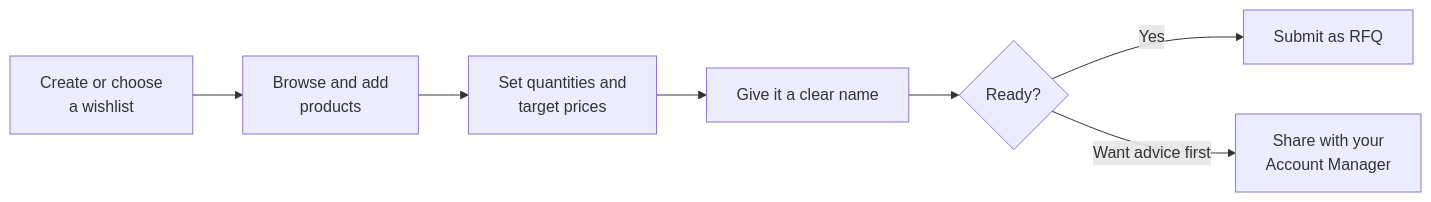
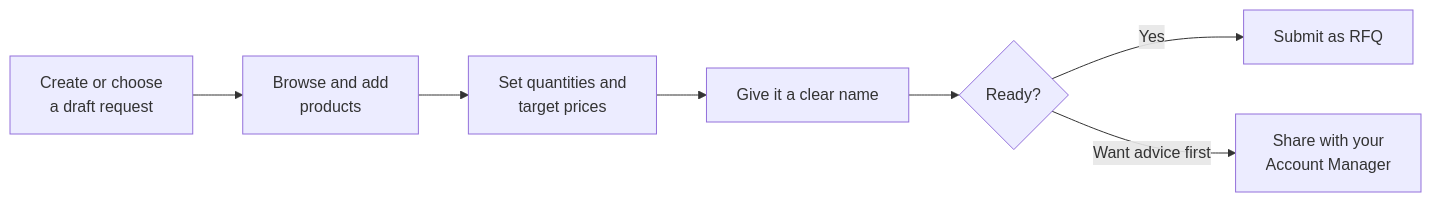
The diagram in docs/b2b_ecommerce_docs/_user_guide/004-Client-Portal-Browsing-and-Wishlists.md (LaplaceSoftware/lp_projects_docs), drawn with Mermaid before and after one commit. The commit also changed other lines of this file and 48 other files, not shown here.

````diff
--- a/docs/b2b_ecommerce_docs/_user_guide/004-Client-Portal-Browsing-and-Wishlists.md
+++ b/docs/b2b_ecommerce_docs/_user_guide/004-Client-Portal-Browsing-and-Wishlists.md
@@ -122,9 +122,9 @@
 ```mermaid
 flowchart LR
-    A["Create or choose<br/>a wishlist"] --> B["Browse and add<br/>products"]
+    A["Create or choose<br/>a draft request"] --> B["Browse and add<br/>products"]
     B --> C["Set quantities and<br/>target prices"]
     C --> D["Give it a clear name"]
     D --> E{"Ready?"}
     E -->|Yes| F["Submit as RFQ"]
     E -->|"Want advice first"| G["Share with your<br/>Account Manager"]
 ```
````
